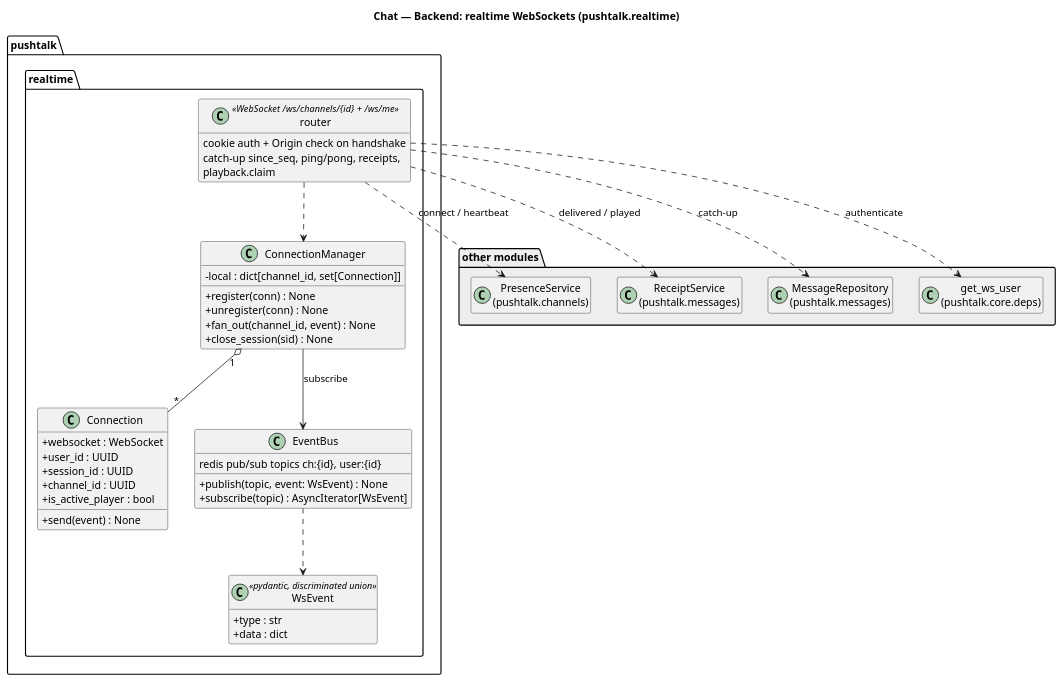
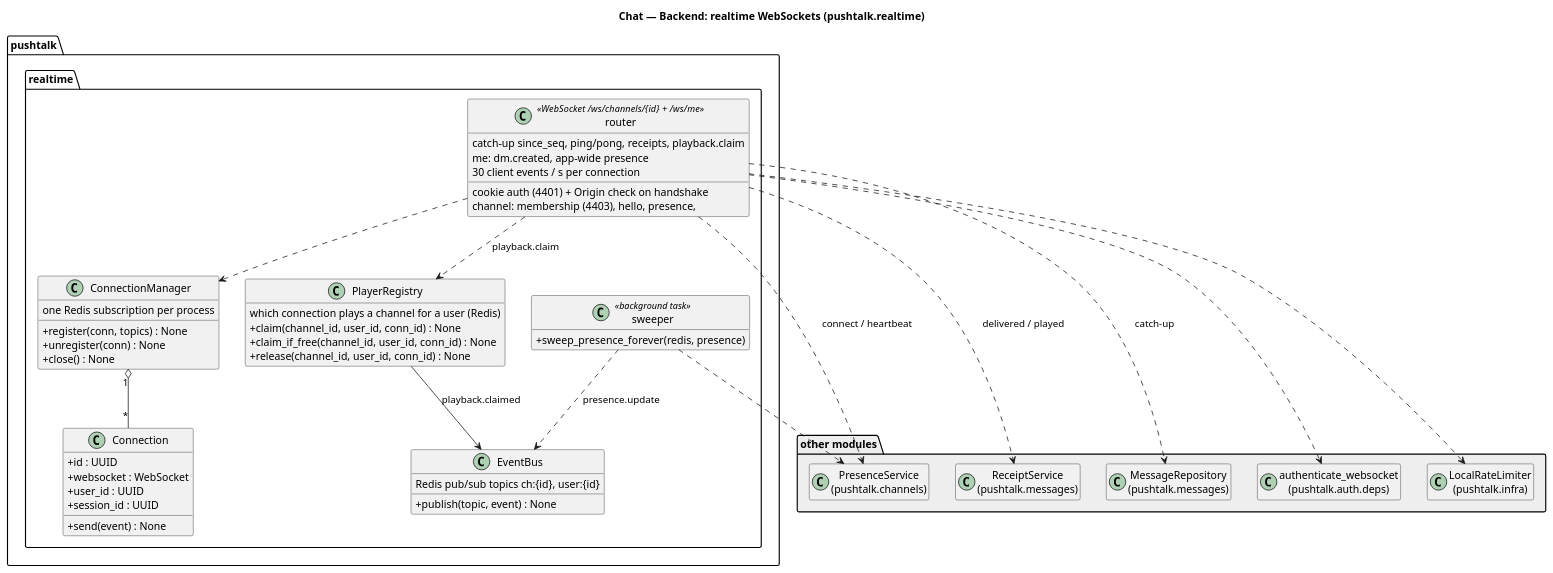
The third of 4 diagrams in specs/chat/class-diagrams.puml (Salma-Mahmoudd/pushtalk), drawn with PlantUML before and after one commit. The commit also changed other lines of this file and 21 other files, not shown here.

First line of the commit message:
docs(specs): align plans and diagrams with what was built

```diff
--- a/specs/chat/class-diagrams.puml
+++ b/specs/chat/class-diagrams.puml
@@ -255,56 +270,64 @@
 @startuml class-diagrams-chat-realtime
 title Chat — Backend: realtime WebSockets (pushtalk.realtime)
 
 skinparam shadowing false
 skinparam defaultFontName Helvetica
 skinparam classAttributeIconSize 0
 hide empty members
 
 package "pushtalk.realtime" {
   class "router" as ws_router <<WebSocket /ws/channels/{id}  +  /ws/me>> {
-    cookie auth + Origin check on handshake
-    catch-up since_seq, ping/pong, receipts,
-    playback.claim
+    cookie auth (4401) + Origin check on handshake
+    channel: membership (4403), hello, presence,
+    catch-up since_seq, ping/pong, receipts, playback.claim
+    me: dm.created, app-wide presence
+    30 client events / s per connection
   }
   class ConnectionManager {
-    - local : dict[channel_id, set[Connection]]
-    + register(conn) : None
+    one Redis subscription per process
+    + register(conn, topics) : None
     + unregister(conn) : None
-    + fan_out(channel_id, event) : None
-    + close_session(sid) : None
+    + close() : None
   }
   class Connection {
+    + id : UUID
     + websocket : WebSocket
     + user_id : UUID
     + session_id : UUID
-    + channel_id : UUID
-    + is_active_player : bool
     + send(event) : None
   }
+  class PlayerRegistry {
+    which connection plays a channel for a user (Redis)
+    + claim(channel_id, user_id, conn_id) : None
+    + claim_if_free(channel_id, user_id, conn_id) : None
+    + release(channel_id, user_id, conn_id) : None
+  }
   class EventBus {
-    redis pub/sub topics ch:{id}, user:{id}
-    + publish(topic, event: WsEvent) : None
-    + subscribe(topic) : AsyncIterator[WsEvent]
+    Redis pub/sub topics ch:{id}, user:{id}
+    + publish(topic, event) : None
   }
-  class WsEvent <<pydantic, discriminated union>> {
-    + type : str
-    + data : dict
+  class sweeper <<background task>> {
+    + sweep_presence_forever(redis, presence)
   }
 }
 
 package "other modules" #EEEEEE {
   class "PresenceService\n(pushtalk.channels)" as PresenceService
   class "ReceiptService\n(pushtalk.messages)" as ReceiptService
   class "MessageRepository\n(pushtalk.messages)" as MessageRepository
-  class "get_ws_user\n(pushtalk.core.deps)" as get_ws_user
+  class "authenticate_websocket\n(pushtalk.auth.deps)" as authws
+  class "LocalRateLimiter\n(pushtalk.infra)" as LocalRateLimiter
 }
 
-ws_router ..> get_ws_user : authenticate
+ws_router ..> authws
 ws_router ..> ConnectionManager
 ws_router ..> PresenceService : connect / heartbeat
 ws_router ..> ReceiptService : delivered / played
 ws_router ..> MessageRepository : catch-up
+ws_router ..> PlayerRegistry : playback.claim
+ws_router ..> LocalRateLimiter
+PlayerRegistry --> EventBus : playback.claimed
 ConnectionManager "1" o-- "*" Connection
-ConnectionManager --> EventBus : subscribe
-EventBus ..> WsEvent
+sweeper ..> PresenceService
+sweeper ..> EventBus : presence.update
 @enduml
```
